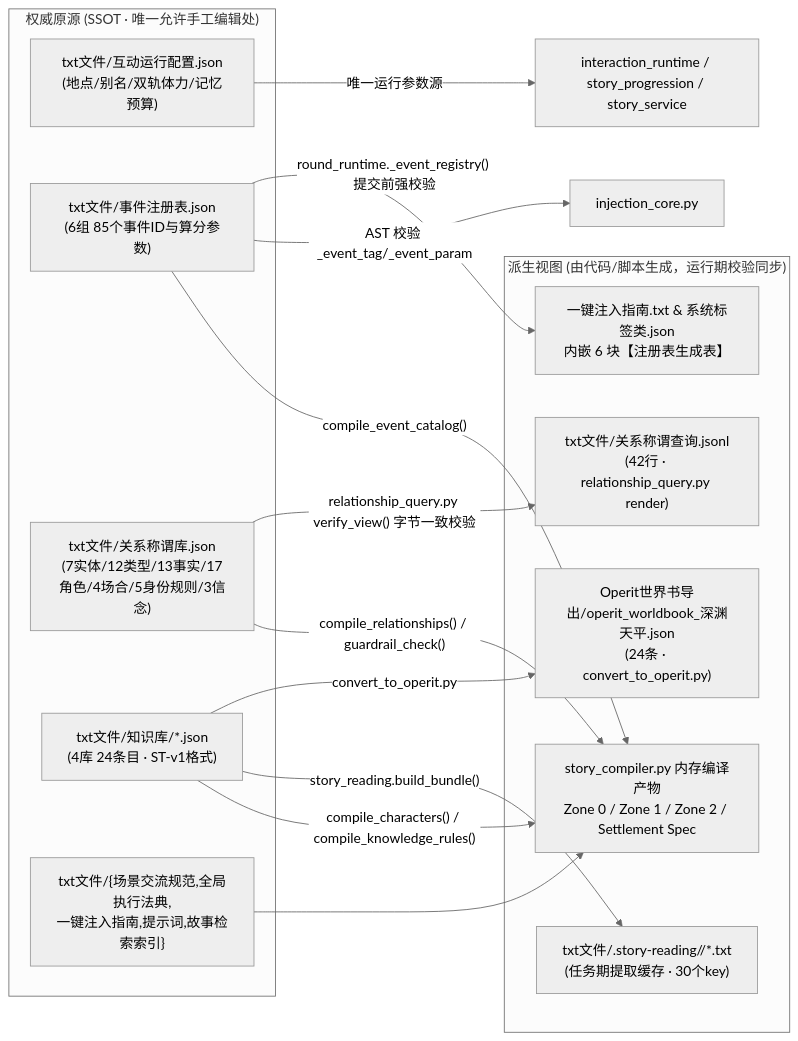
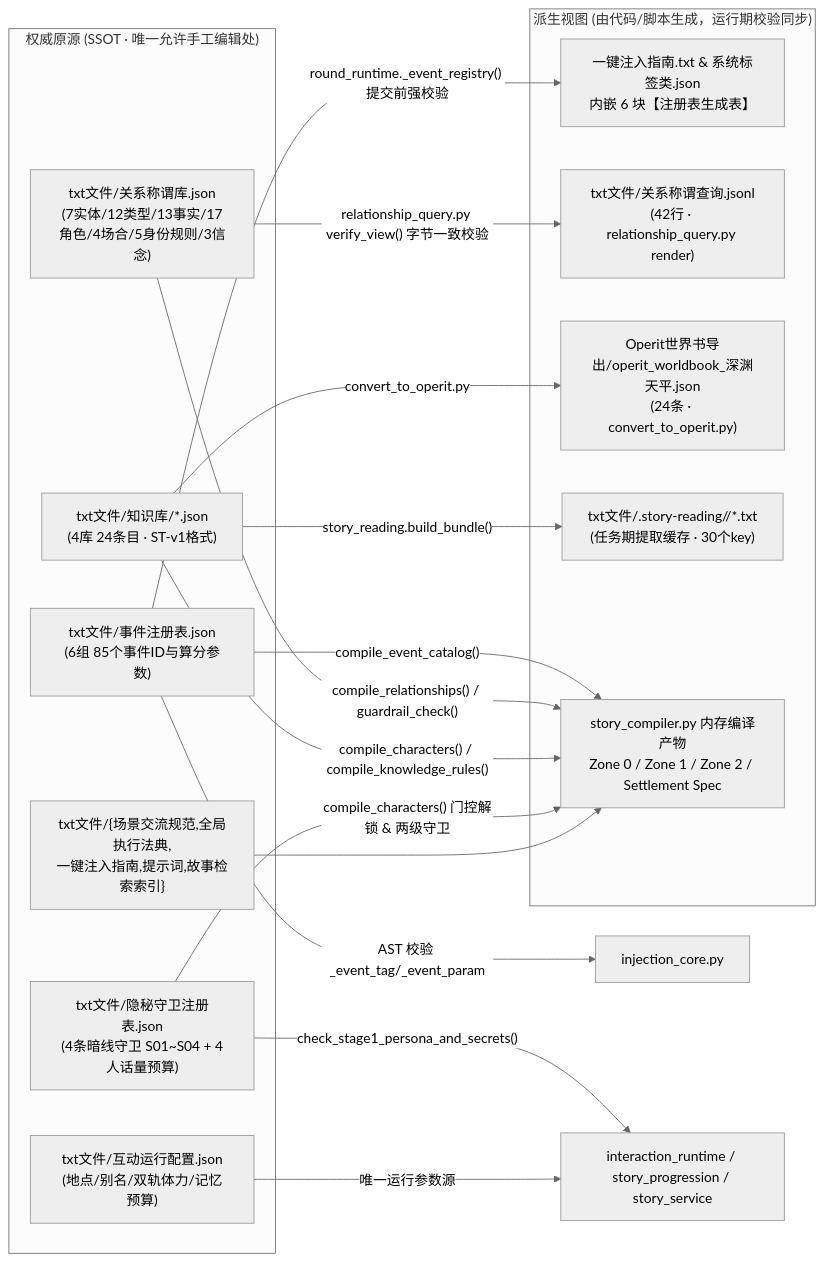
Before and after one commit to yimisunan/huan-yi: the diagram in 开发者功能/开发者说明/07_数据模型_SSOT与文件格式规范.md, drawn with Mermaid (neutral theme). The commit also changed other lines of this file and 33 other files, not shown here.

````diff
--- a/开发者功能/开发者说明/07_数据模型_SSOT与文件格式规范.md
+++ b/开发者功能/开发者说明/07_数据模型_SSOT与文件格式规范.md
@@ -11,29 +11,32 @@
 ```mermaid
 flowchart LR
     subgraph Sources["权威原源 (SSOT · 唯一允许手工编辑处)"]
         CFG["txt文件/互动运行配置.json\n(地点/别名/双轨体力/记忆预算)"]
         EVT["txt文件/事件注册表.json\n(6组 85个事件ID与算分参数)"]
         REL["txt文件/关系称谓库.json\n(7实体/12类型/13事实/17角色/4场合/5身份规则/3信念)"]
         KB["txt文件/知识库/*.json\n(4库 24条目 · ST-v1格式)"]
+        SEC["txt文件/隐秘守卫注册表.json\n(4条暗线守卫 S01~S04 + 4人话量预算)"]
         RULES["txt文件/{场景交流规范,全局执行法典,\n一键注入指南,提示词,故事检索索引}"]
     end
 
     subgraph Derived["派生视图 (由代码/脚本生成，运行期校验同步)"]
         GUIDE_TBL["一键注入指南.txt & 系统标签类.json\n内嵌 6 块【注册表生成表】"]
         REL_JSONL["txt文件/关系称谓查询.jsonl\n(42行 · relationship_query.py render)"]
         OP_WB["Operit世界书导出/operit_worldbook_深渊天平.json\n(24条 · convert_to_operit.py)"]
         SR_CACHE["txt文件/.story-reading/<nonce>/*.txt\n(任务期提取缓存 · 30个key)"]
         ZONES["story_compiler.py 内存编译产物\nZone 0 / Zone 1 / Zone 2 / Settlement Spec"]
     end
 
     EVT -->|"round_runtime._event_registry() 提交前强校验"| GUIDE_TBL
     EVT -->|"AST 校验 _event_tag/_event_param"| IC["injection_core.py"]
     EVT -->|"compile_event_catalog()"| ZONES
     REL -->|"relationship_query.py verify_view() 字节一致校验"| REL_JSONL
     REL -->|"compile_relationships() / guardrail_check()"| ZONES
     KB -->|"convert_to_operit.py"| OP_WB
     KB -->|"story_reading.build_bundle()"| SR_CACHE
     KB -->|"compile_characters() / compile_knowledge_rules()"| ZONES
+    SEC -->|"compile_characters() 门控解锁 & 两级守卫"| ZONES
+    SEC -->|"check_stage1_persona_and_secrets()"| RT
     RULES --> ZONES
     CFG -->|"唯一运行参数源"| RT["interaction_runtime / story_progression / story_service"]
 ```
````
